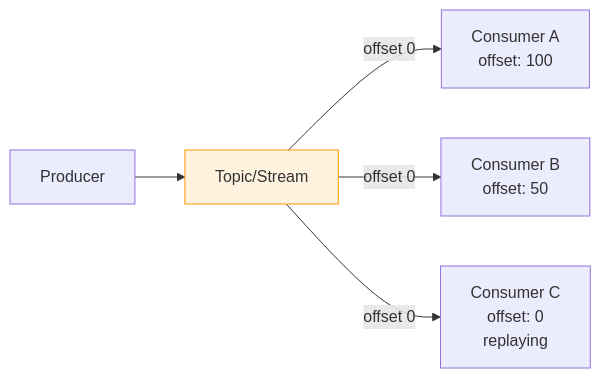
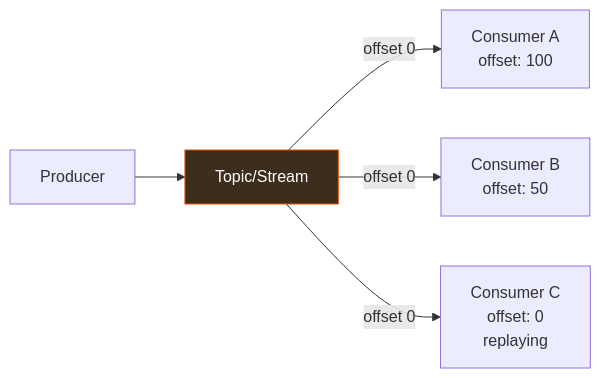
Before and after one commit to dlrivada/Encina: the third of 4 diagrams in docs/messaging/transports.md, drawn with Mermaid. The commit also changed other lines of this file and 6 other files, not shown here.

First line of the commit message:
docs: replace hardcoded light-mode Mermaid colors with dark equivalents

````diff
--- a/docs/messaging/transports.md
+++ b/docs/messaging/transports.md
@@ -127,9 +127,9 @@
 ```mermaid
 flowchart LR
     P[Producer] --> T[Topic/Stream]
     T --> |offset 0| C1[Consumer A<br/>offset: 100]
     T --> |offset 0| C2[Consumer B<br/>offset: 50]
     T --> |offset 0| C3[Consumer C<br/>offset: 0<br/>replaying]
 
-    style T fill:#FFF3E0,stroke:#FF9800
+    style T fill:#3d2d1c,stroke:#e65100,color:#fff
 ```
````
